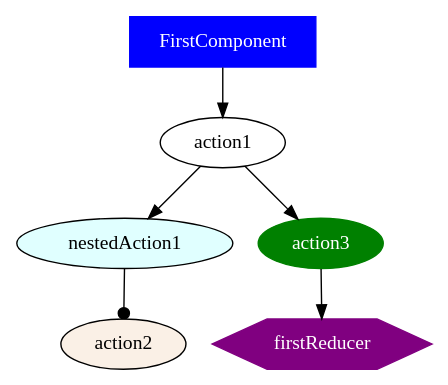
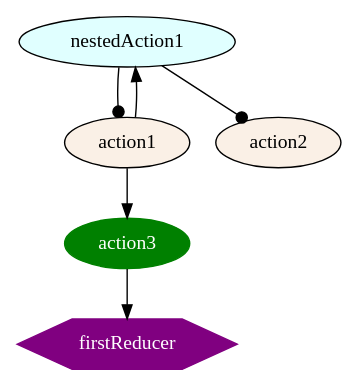
One commit to ammarnajjar/ngrx-graph changed the diagram in docs/examples/case2/action3.dot. Above: the diagram before and after it, drawn with Graphviz. The commit also changed 6 other files, not shown here.

Commit message:
refactor action flow and update nested actions in case2 examples

```diff
--- a/docs/examples/case2/action3.dot
+++ b/docs/examples/case2/action3.dot
@@ -1,12 +1,12 @@
 digraph {
-FirstComponent [shape="box", color=blue, fillcolor=blue, fontcolor=white, style=filled]
-FirstComponent -> action1
 nestedAction1 [color=black, fillcolor=lightcyan, fontcolor=black, style=filled]
 action1 -> nestedAction1
 action3 [color=green, fillcolor=green, fontcolor=white, style=filled]
 action1 -> action3
+action1 [fillcolor=linen, style=filled]
+nestedAction1 -> action1 [arrowhead=dot]
 action2 [fillcolor=linen, style=filled]
 nestedAction1 -> action2 [arrowhead=dot]
 firstReducer [shape="hexagon", color=purple, fillcolor=purple, fontcolor=white, style=filled]
 action3 -> firstReducer
 }
```
